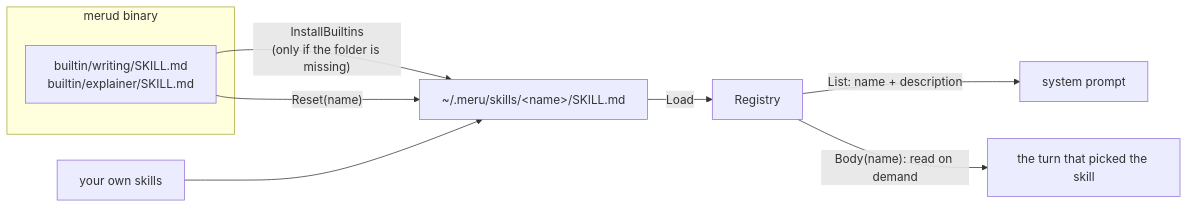
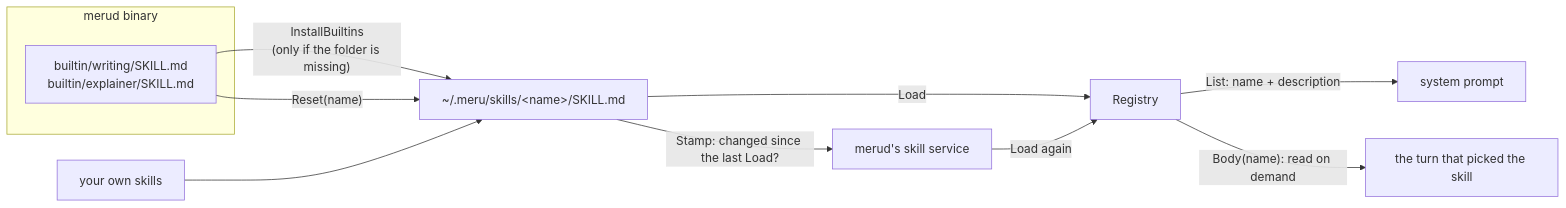
Before and after one commit to aarora79/meru: the diagram in docs/coding-notes/skills.md, drawn with Mermaid. The commit also changed other lines of this file and 49 other files, not shown here.

````diff
--- a/docs/coding-notes/skills.md
+++ b/docs/coding-notes/skills.md
@@ -20,12 +22,14 @@
 ```mermaid
 flowchart LR
     subgraph binary["merud binary"]
         embedded["builtin/writing/SKILL.md<br/>builtin/explainer/SKILL.md"]
     end
     embedded -- "InstallBuiltins<br/>(only if the folder is missing)" --> disk["~/.meru/skills/&lt;name&gt;/SKILL.md"]
     embedded -- "Reset(name)" --> disk
     you["your own skills"] --> disk
     disk -- "Load" --> reg["Registry"]
     reg -- "List: name + description" --> prompt["system prompt"]
     reg -- "Body(name): read on demand" --> turn["the turn that picked the skill"]
+    disk -- "Stamp: changed since the last Load?" --> merud["merud's skill service"]
+    merud -- "Load again" --> reg
 ```
````
